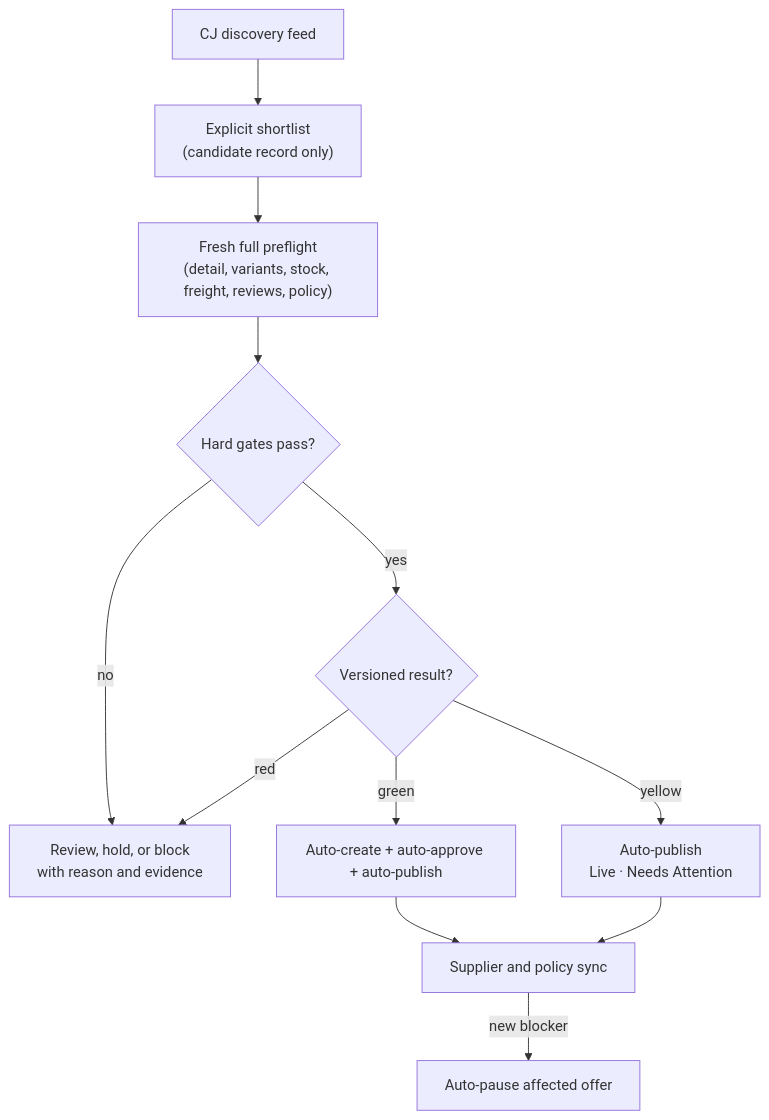
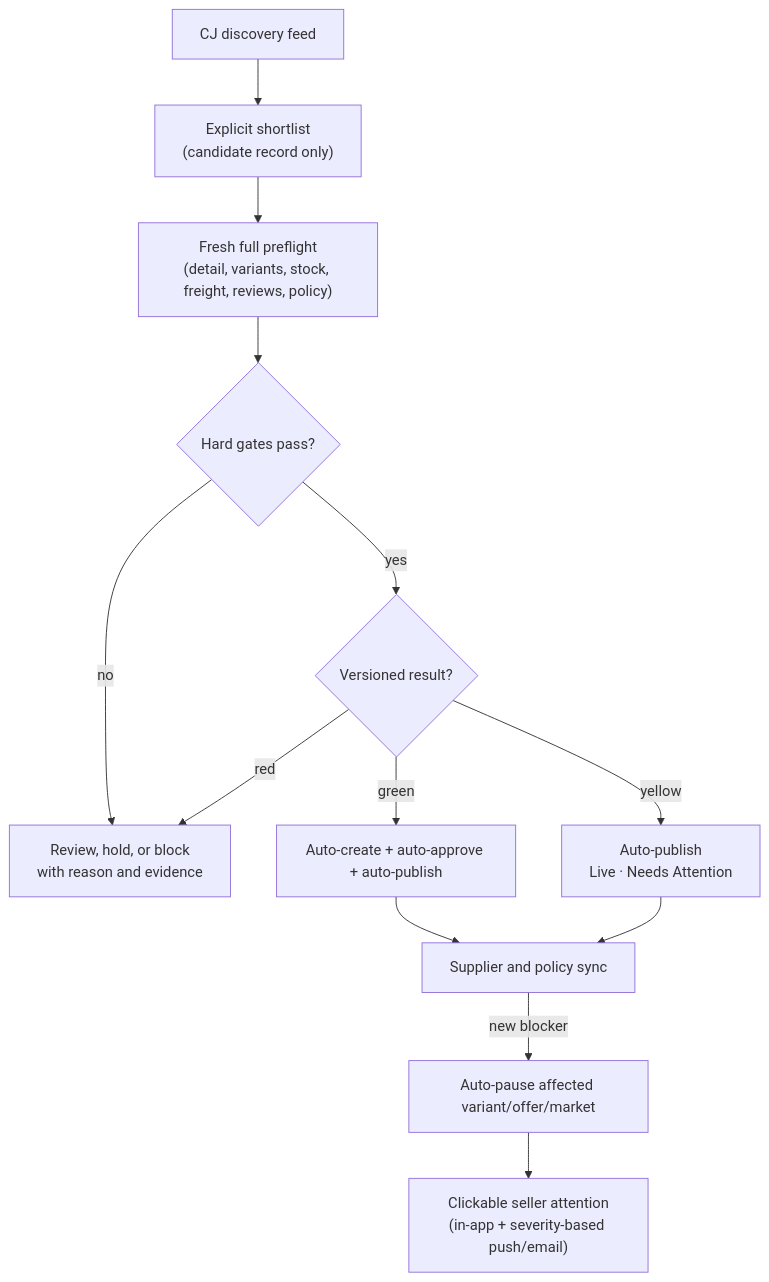
One commit to Sals3-Official/sals3-ecommerce changed the third of 3 diagrams in docs/Wiki/wiki/sals3-end-to-end-process-flow.md. Above: the diagram before and after it, drawn with Mermaid. The commit also changed other lines of this file and 14 other files, not shown here.

First line of the commit message:
docs(architecture): define supplier app flows

````diff
--- a/docs/Wiki/wiki/sals3-end-to-end-process-flow.md
+++ b/docs/Wiki/wiki/sals3-end-to-end-process-flow.md
@@ -63,14 +69,15 @@
 ```mermaid
 graph TD
     RawFeed["CJ discovery feed"] --> Shortlist["Explicit shortlist<br/>(candidate record only)"]
     Shortlist --> Preflight["Fresh full preflight<br/>(detail, variants, stock, freight, reviews, policy)"]
     Preflight --> Technical{"Hard gates pass?"}
     Technical -- no --> Reject["Review, hold, or block<br/>with reason and evidence"]
     Technical -- yes --> Score{"Versioned result?"}
     Score -- green --> Publish["Auto-create + auto-approve + auto-publish"]
     Score -- yellow --> Attention["Auto-publish<br/>Live · Needs Attention"]
     Score -- red --> Reject
     Publish --> Sync["Supplier and policy sync"]
     Attention --> Sync
-    Sync -- new blocker --> Pause["Auto-pause affected offer"]
+    Sync -- new blocker --> Pause["Auto-pause affected variant/offer/market"]
+    Pause --> Notify["Clickable seller attention<br/>(in-app + severity-based push/email)"]
 ```
````
